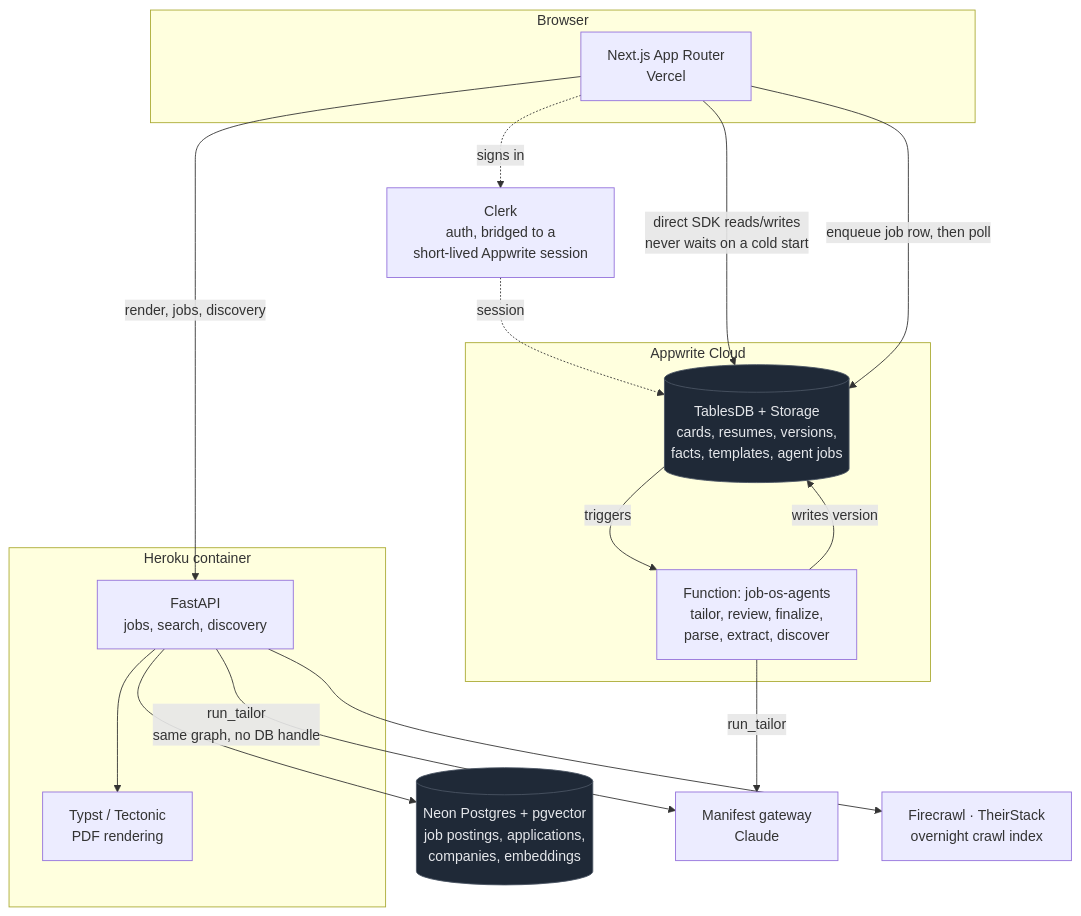
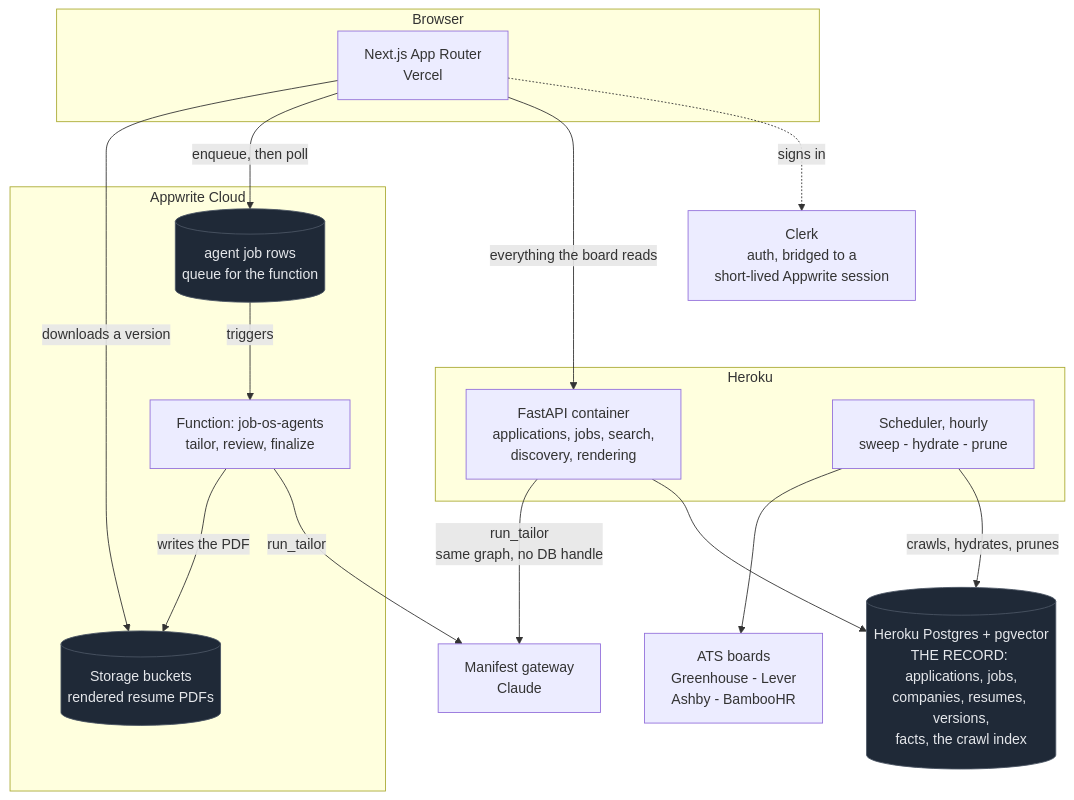
Before and after one commit to hemnaath04/job-os: the diagram in README.md, drawn with Mermaid. The commit also changed other lines of this file and 1 other file, not shown here.

First line of the commit message:
Document the architecture that actually runs (#148)

````diff
--- a/README.md
+++ b/README.md
@@ -303,39 +311,39 @@
 ```mermaid
 flowchart TB
     subgraph browser["Browser"]
         UI["Next.js App Router<br/>Vercel"]
     end
 
     Clerk["Clerk<br/>auth, bridged to a<br/>short-lived Appwrite session"]
 
-    subgraph appwrite["Appwrite Cloud"]
-        DB[("TablesDB + Storage<br/>cards, resumes, versions,<br/>facts, templates, agent jobs")]
-        FN["Function: job-os-agents<br/>tailor, review, finalize,<br/>parse, extract, discover"]
+    subgraph heroku["Heroku"]
+        API["FastAPI container<br/>applications, jobs, search,<br/>discovery, rendering"]
+        SCHED["Scheduler, hourly<br/>sweep - hydrate - prune"]
     end
 
-    subgraph heroku["Heroku container"]
-        API["FastAPI<br/>jobs, search, discovery"]
-        RENDER["Typst / Tectonic<br/>PDF rendering"]
+    PG[("Heroku Postgres + pgvector<br/>THE RECORD: applications, jobs,<br/>companies, resumes, versions,<br/>facts, the crawl index")]
+
+    subgraph appwrite["Appwrite Cloud"]
+        ST[("Storage buckets<br/>rendered resume PDFs")]
+        FN["Function: job-os-agents<br/>tailor, review, finalize"]
+        AJ[("agent job rows<br/>queue for the function")]
     end
 
-    PG[("Neon Postgres + pgvector<br/>job postings, applications,<br/>companies, embeddings")]
     LLM["Manifest gateway<br/>Claude"]
-    EXT["Firecrawl · TheirStack<br/>overnight crawl index"]
+    ATS["ATS boards<br/>Greenhouse - Lever<br/>Ashby - BambooHR"]
 
     UI -.->|"signs in"| Clerk
-    Clerk -.->|"session"| DB
-    UI -->|"direct SDK reads/writes<br/>never waits on a cold start"| DB
-    UI -->|"enqueue job row, then poll"| DB
-    DB -->|"triggers"| FN
-    UI -->|"render, jobs, discovery"| API
-
+    UI -->|"everything the board reads"| API
+    API --> PG
+    SCHED -->|"crawls, hydrates, prunes"| PG
+    SCHED --> ATS
+    UI -->|"enqueue, then poll"| AJ
+    AJ -->|"triggers"| FN
     FN -->|"run_tailor"| LLM
-    FN -->|"writes version"| DB
-    API --> RENDER
-    API --> PG
-    API --> EXT
+    FN -->|"writes the PDF"| ST
     API -->|"run_tailor<br/>same graph, no DB handle"| LLM
+    UI -->|"downloads a version"| ST
 
     classDef store fill:#1f2937,stroke:#4b5563,color:#e5e7eb
-    class DB,PG store
+    class PG,ST,AJ store
 ```
````
